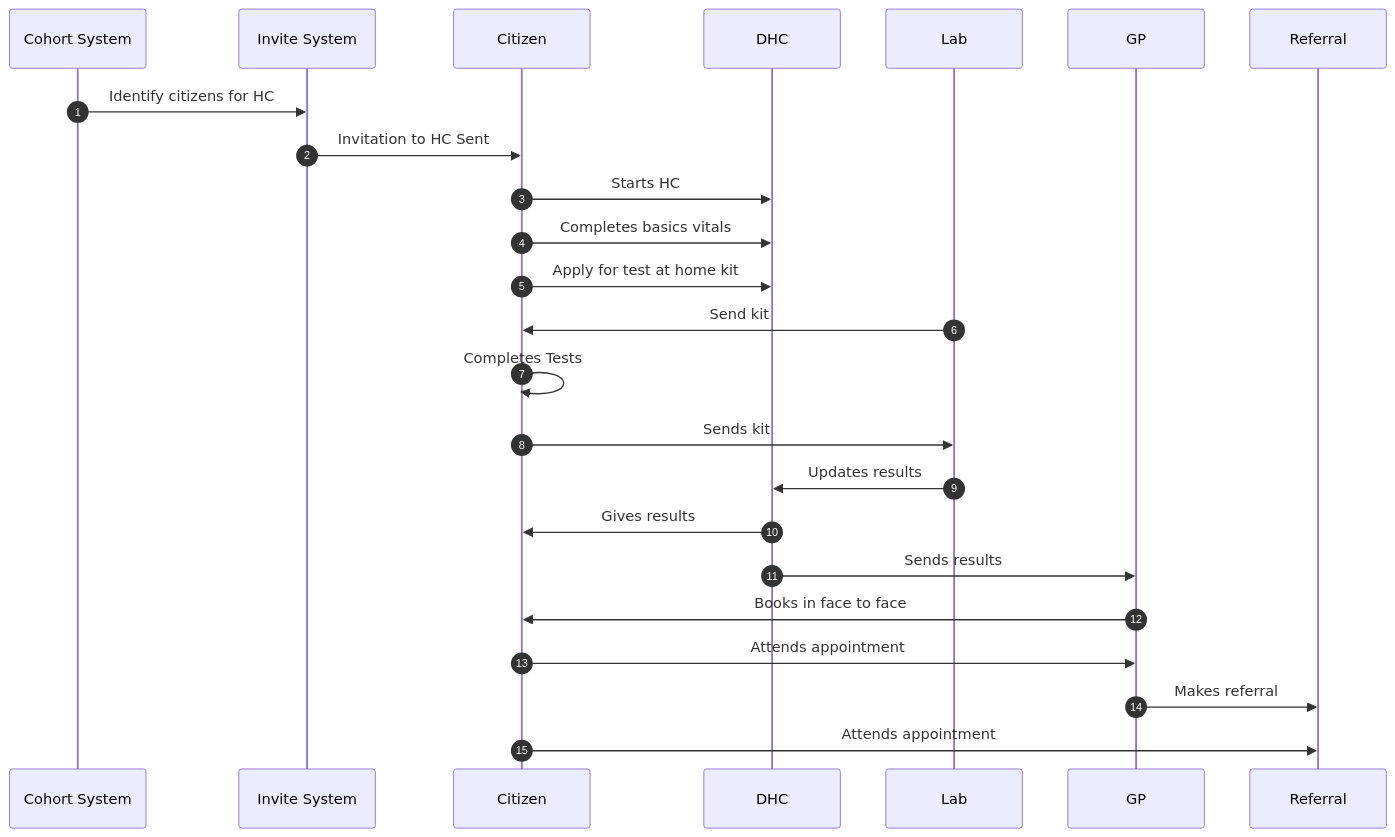
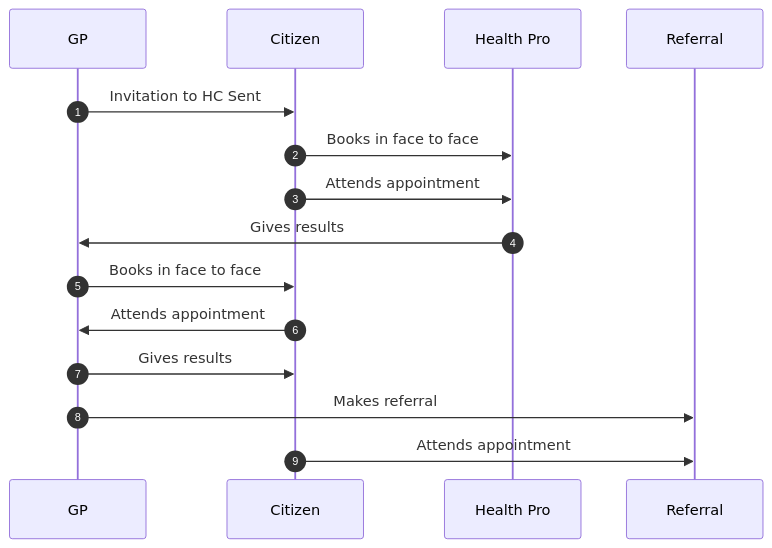
The first of 3 diagrams in docs/digital-health-check/user-process.md (nhsexperience/nhs-experience), drawn with Mermaid before and after one commit. The commit also changed other lines of this file and 310 other files, not shown here.

````diff
--- a/docs/digital-health-check/user-process.md
+++ b/docs/digital-health-check/user-process.md
@@ -19,19 +20,14 @@
-```mermaid!
+```mermaid
 sequenceDiagram
     autonumber
-    Cohort System->>Invite System: Identify citizens for HC
-    Invite System->>Citizen: Invitation to HC Sent
-    Citizen->>DHC: Starts HC
-    Citizen->>DHC: Completes basics vitals
-    Citizen->>DHC: Apply for test at home kit
-    Lab->>Citizen: Send kit
-    Citizen->>Citizen: Completes Tests
-    Citizen->>Lab: Sends kit
-    Lab->>DHC: Updates results
-    DHC->>Citizen: Gives results
-    DHC->>GP: Sends results
+
+    GP->>Citizen: Invitation to HC Sent
+    Citizen->>Health Pro: Books in face to face
+    Citizen->>Health Pro: Attends appointment
+    Health Pro->>GP: Gives results
     GP->>Citizen: Books in face to face
     Citizen->>GP: Attends appointment
+    GP->>Citizen: Gives results
     GP->>Referral: Makes referral
     Citizen->>Referral: Attends appointment
 ```
````
